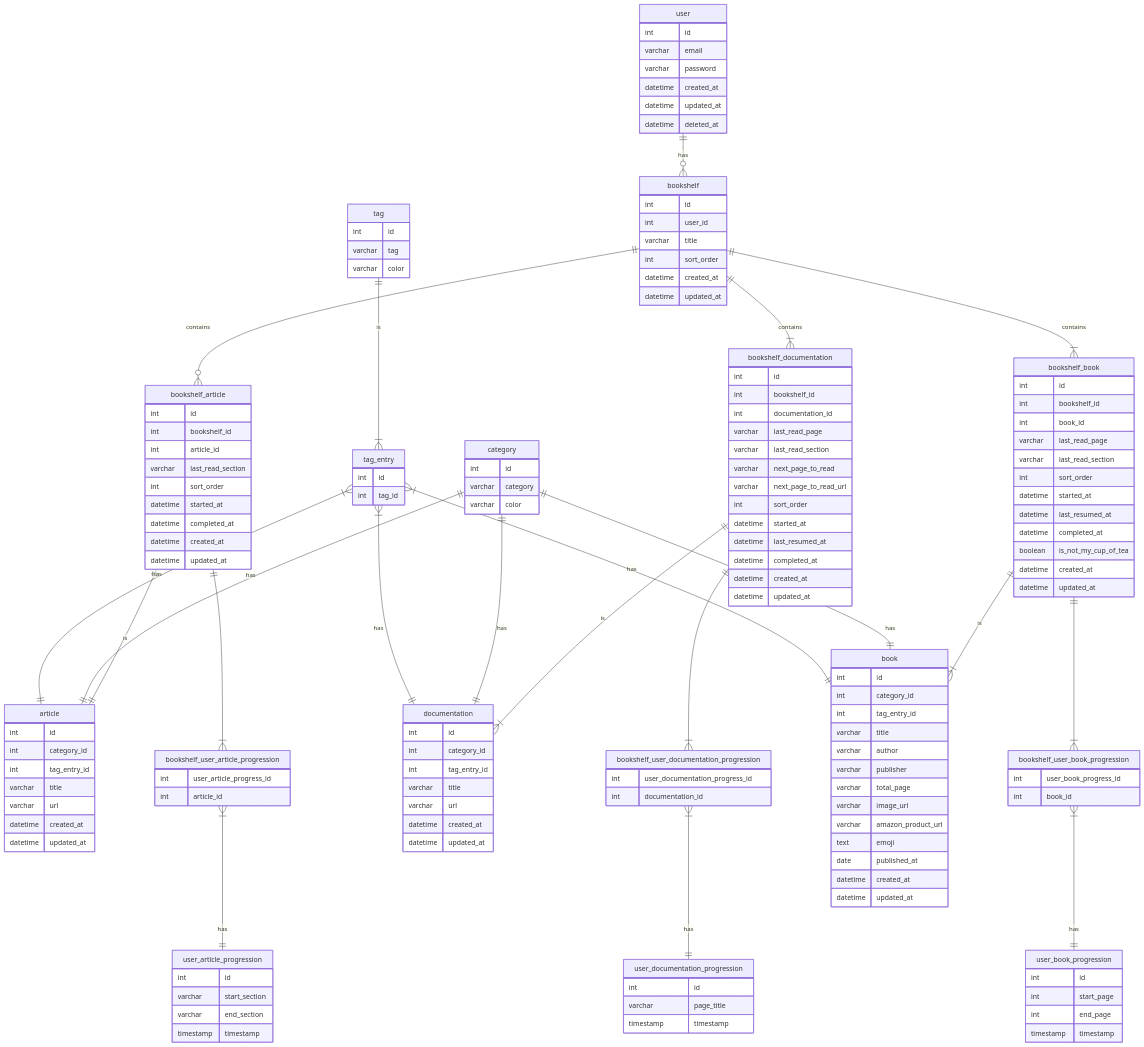
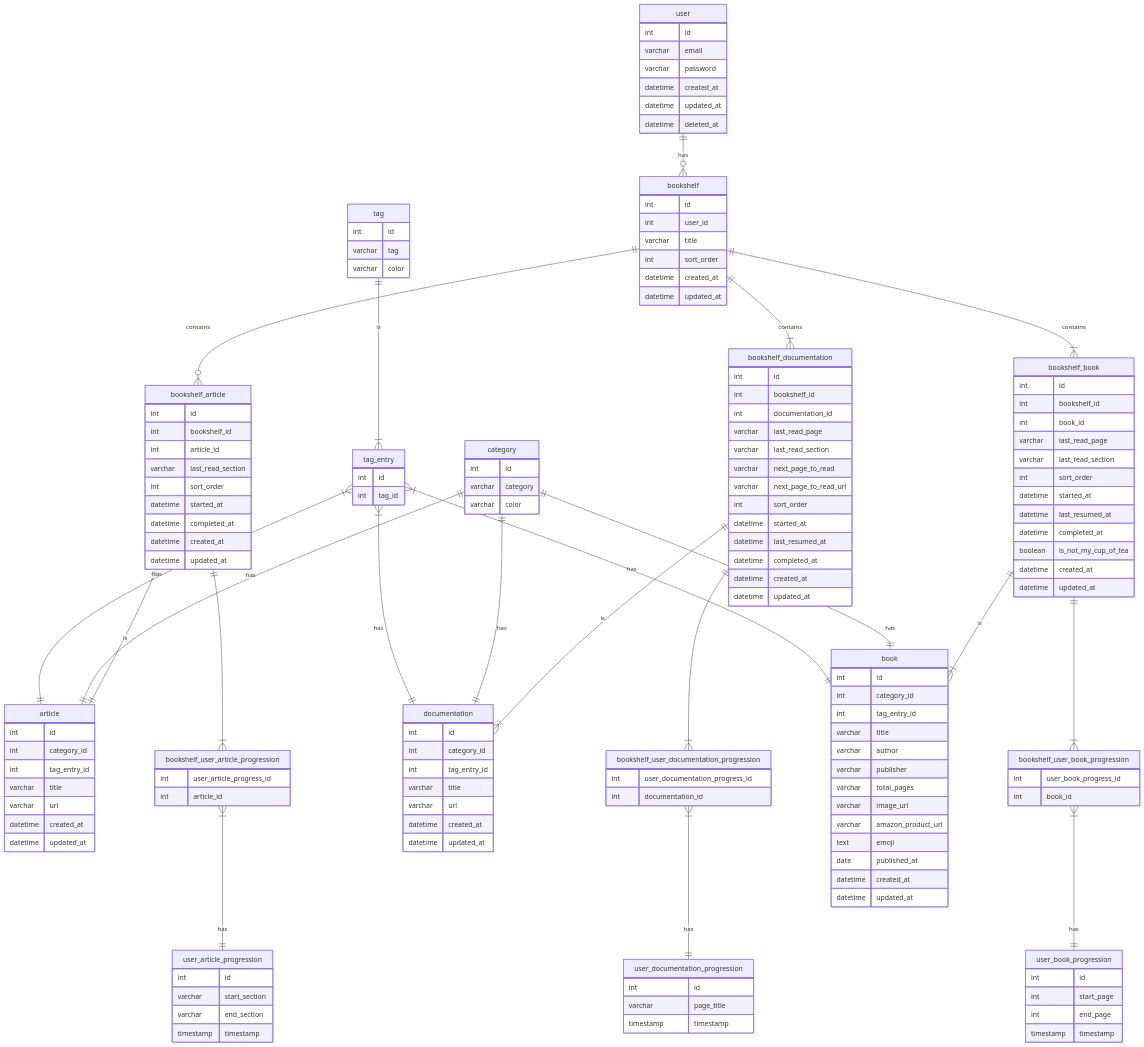
Before and after one commit to kazuki0924/wtr-er-test: the diagram in mermaid.mmd, drawn with Mermaid.

```diff
--- a/mermaid.mmd
+++ b/mermaid.mmd
@@ -1,174 +1,174 @@
 erDiagram
 
 user ||--o{ bookshelf : has
 
 bookshelf ||--o{ bookshelf_article : contains
 bookshelf_article ||--|| article : is
 bookshelf_article ||--|{ bookshelf_user_article_progression : ""
 bookshelf_user_article_progression }|--|| user_article_progression : has
 bookshelf ||--|{ bookshelf_documentation : contains
 bookshelf_documentation ||--|{ documentation : is
 bookshelf_documentation ||--|{ bookshelf_user_documentation_progression : ""
 bookshelf_user_documentation_progression }|--|| user_documentation_progression : has
 bookshelf ||--|{ bookshelf_book : contains
 bookshelf_book ||--|{ book : is
 bookshelf_book ||--|{ bookshelf_user_book_progression : ""
 bookshelf_user_book_progression }|--|| user_book_progression : has
 
 category ||--|| article : "has"
 category ||--|| documentation : "has"
 category ||--|| book : "has"
 
 tag ||--|{ tag_entry : "is"
 tag_entry }|--|| article : "has"
 tag_entry }|--|| documentation : "has"
 tag_entry }|--|| book : "has"
 
 user {
   int id
   varchar email
   varchar password
   datetime created_at
   datetime updated_at
   datetime deleted_at
 }
 
 bookshelf {
   int id
   int user_id
   varchar title
   int sort_order
   datetime created_at
   datetime updated_at
 }
 
 bookshelf_article {
   int id
   int bookshelf_id
   int article_id
   varchar last_read_section
   int sort_order
   datetime started_at
   datetime completed_at
   datetime created_at
   datetime updated_at
 }
 
 article {
   int id
   int category_id
   int tag_entry_id
   varchar title
   varchar url
   datetime created_at
   datetime updated_at
 }
 
 bookshelf_user_article_progression {
   int user_article_progress_id
   int article_id
 }
 
 user_article_progression {
   int id
   varchar start_section
   varchar end_section
   timestamp timestamp
 }
 
 bookshelf_documentation {
   int id
   int bookshelf_id
   int documentation_id
   varchar last_read_page
   varchar last_read_section
   varchar next_page_to_read
   varchar next_page_to_read_url
   int sort_order
   datetime started_at
   datetime last_resumed_at
   datetime completed_at
   datetime created_at
   datetime updated_at
 }
 
 documentation {
   int id
   int category_id
   int tag_entry_id
   varchar title
   varchar url
   datetime created_at
   datetime updated_at
 }
 
 bookshelf_user_documentation_progression {
   int user_documentation_progress_id
   int documentation_id
 }
 
 user_documentation_progression {
   int id
   varchar page_title
   timestamp timestamp
 }
 
 bookshelf_book {
   int id
   int bookshelf_id
   int book_id
   varchar last_read_page
   varchar last_read_section
   int sort_order
   datetime started_at
   datetime last_resumed_at
   datetime completed_at
   boolean is_not_my_cup_of_tea
   datetime created_at
   datetime updated_at
 }
 
 book {
   int id
   int category_id
   int tag_entry_id
   varchar title
   varchar author
   varchar publisher
-  varchar total_page
+  varchar total_pages
   varchar image_url
   varchar amazon_product_url
   text emoji
   date published_at
   datetime created_at
   datetime updated_at
 }
 
 bookshelf_user_book_progression {
   int user_book_progress_id
   int book_id
 }
 
 user_book_progression {
   int id
   int start_page
   int end_page
   timestamp timestamp
 }
 
 tag {
   int id
   varchar tag
   varchar color
 }
 
 tag_entry {
   int id
   int tag_id
 }
 
 category {
   int id
   varchar category
   varchar color
 }
```
